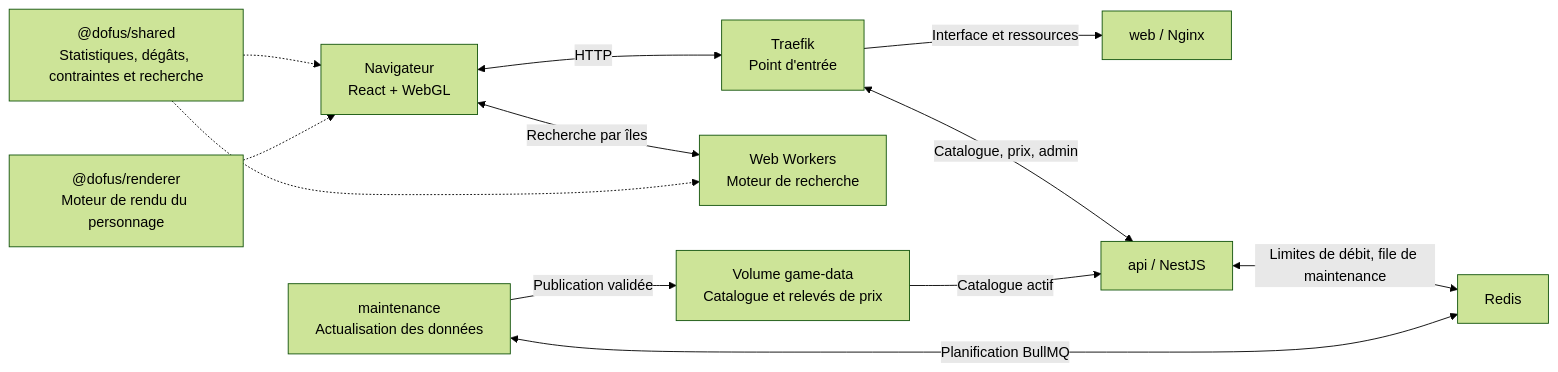
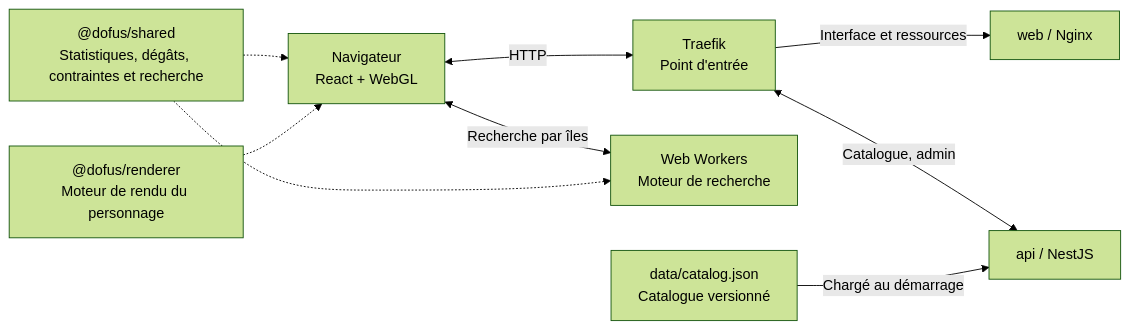
Before and after one commit to LeandreBl/dofus-stuffer: the diagram in README.md, drawn with Mermaid (forest theme). The commit also changed other lines of this file and 36 other files, not shown here.

First line of the commit message:
chore: remove Redis and the maintenance service

````diff
--- a/README.md
+++ b/README.md
@@ -132,14 +122,11 @@
 ```mermaid
 flowchart LR
     browser["Navigateur<br/>React + WebGL"] <-->|HTTP| traefik["Traefik<br/>Point d'entrée"]
     browser <-->|Recherche par îles| islands["Web Workers<br/>Moteur de recherche"]
     traefik -->|Interface et ressources| web["web / Nginx"]
-    traefik <-->|Catalogue, prix, admin| api["api / NestJS"]
-    api <-->|Limites de débit, file de maintenance| redis["Redis"]
-    maintenance["maintenance<br/>Actualisation des données"] <-->|Planification BullMQ| redis
-    maintenance -->|Publication validée| data["Volume game-data<br/>Catalogue et relevés de prix"]
-    data -->|Catalogue actif| api
+    traefik <-->|Catalogue, admin| api["api / NestJS"]
+    data["data/catalog.json<br/>Catalogue versionné"] -->|Chargé au démarrage| api
     shared["@dofus/shared<br/>Statistiques, dégâts, contraintes et recherche"] -.-> browser
     shared -.-> islands
     renderer["@dofus/renderer<br/>Moteur de rendu du personnage"] -.-> browser
 ```
````
